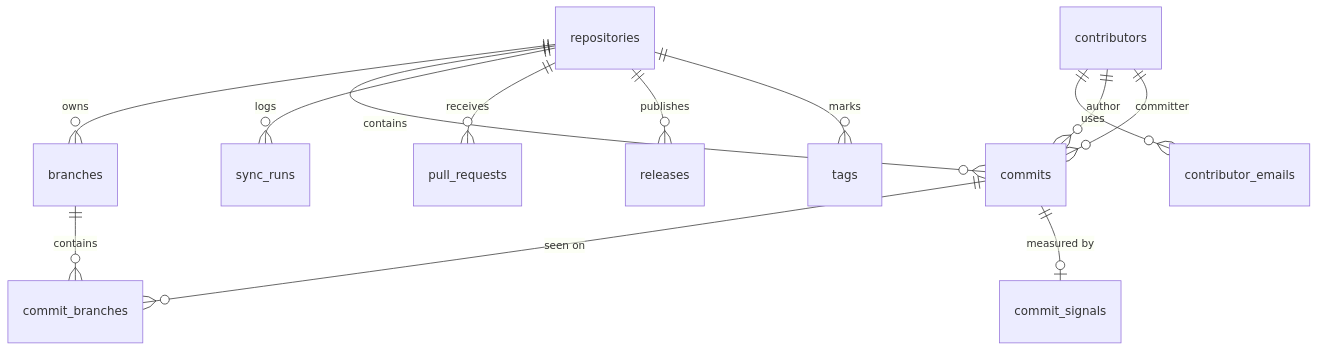
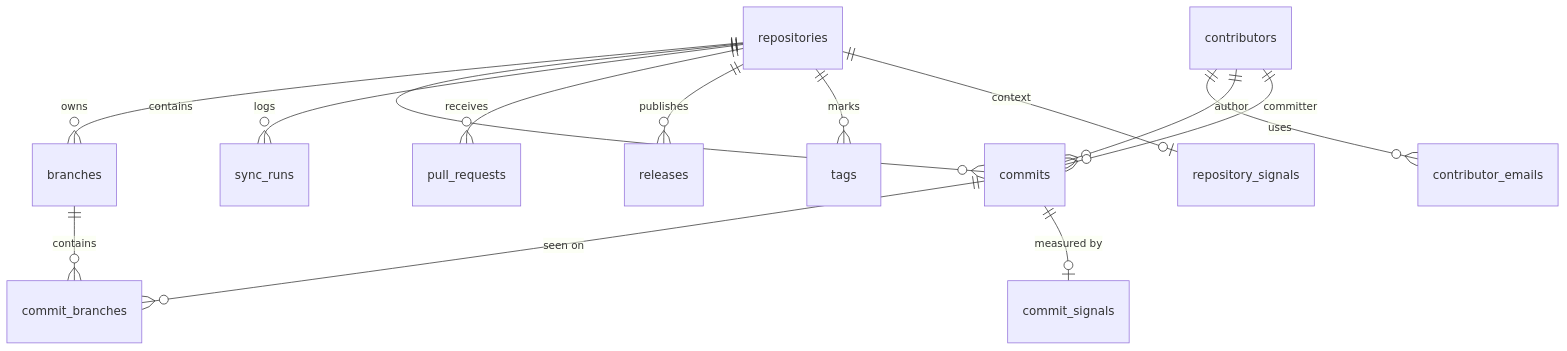
Before and after one commit to studoo-app/watchoo: the diagram in documentation/en/04-data-model.md, drawn with Mermaid. The commit also changed other lines of this file and 49 other files, not shown here.

````diff
--- a/documentation/en/04-data-model.md
+++ b/documentation/en/04-data-model.md
@@ -17,15 +18,16 @@
 ```mermaid
 erDiagram
     repositories ||--o{ branches : "owns"
     repositories ||--o{ commits : "contains"
     repositories ||--o{ sync_runs : "logs"
     repositories ||--o{ pull_requests : "receives"
     repositories ||--o{ releases : "publishes"
     repositories ||--o{ tags : "marks"
     commits ||--o{ commit_branches : "seen on"
     commits ||--o| commit_signals : "measured by"
+    repositories ||--o| repository_signals : "context"
     branches ||--o{ commit_branches : "contains"
     contributors ||--o{ contributor_emails : "uses"
     contributors ||--o{ commits : "author"
     contributors ||--o{ commits : "committer"
 ```
````
